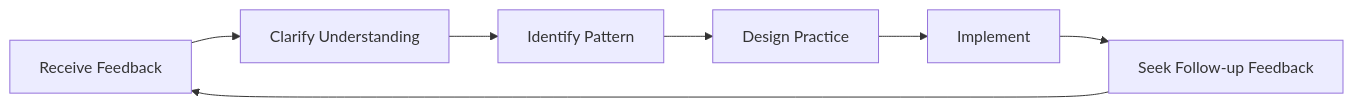
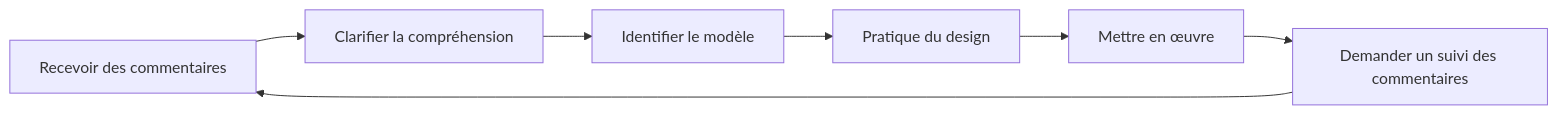
The diagram in docs/fr/education/self-awareness/feedback.md (patwii/petanque-academy), drawn with Mermaid before and after one commit. The commit also changed other lines of this file and 550 other files, not shown here.

````diff
--- a/docs/fr/education/self-awareness/feedback.md
+++ b/docs/fr/education/self-awareness/feedback.md
@@ -164,9 +164,9 @@
 ```mermaid
 flowchart LR
-    A[Receive Feedback] --> B[Clarify Understanding]
-    B --> C[Identify Pattern]
-    C --> D[Design Practice]
-    D --> E[Implement]
-    E --> F[Seek Follow-up Feedback]
+    A[Recevoir des commentaires] --> B[Clarifier la compréhension]
+    B --> C[Identifier le modèle]
+    C --> D[Pratique du design]
+    D --> E[Mettre en œuvre]
+    E --> F[Demander un suivi des commentaires]
     F --> A
 ```
````
